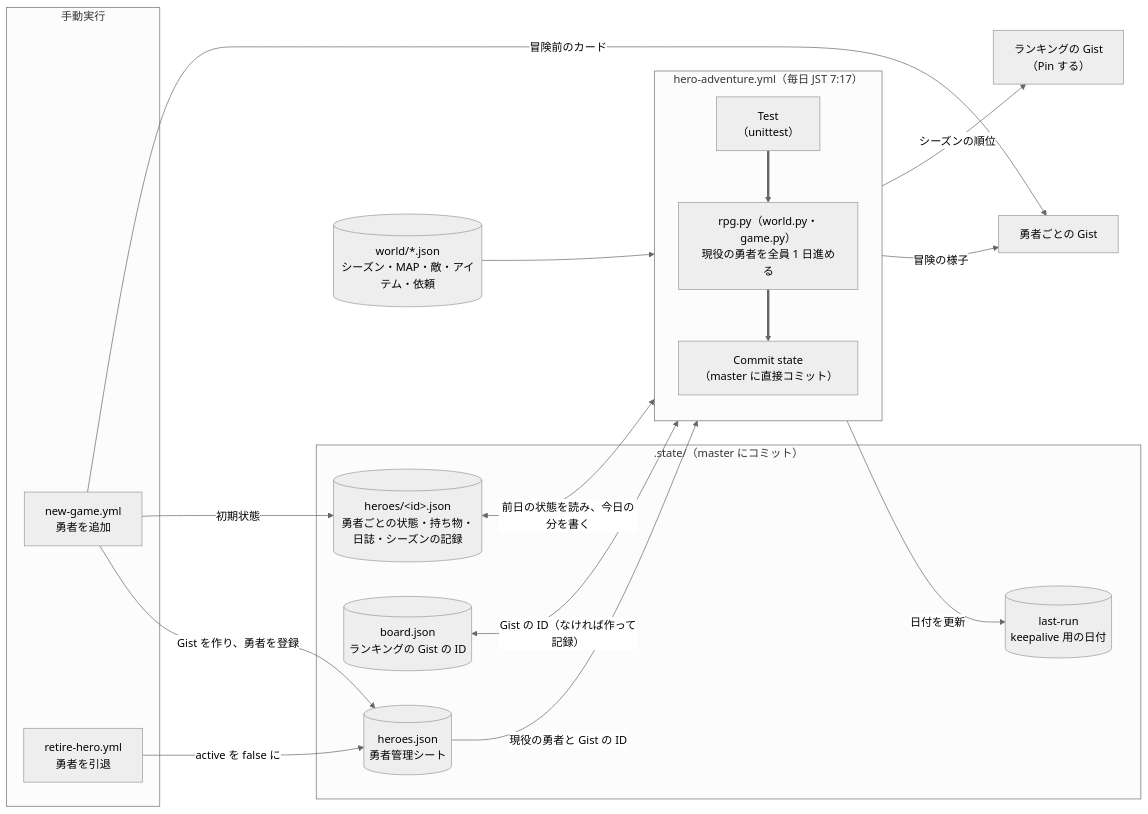
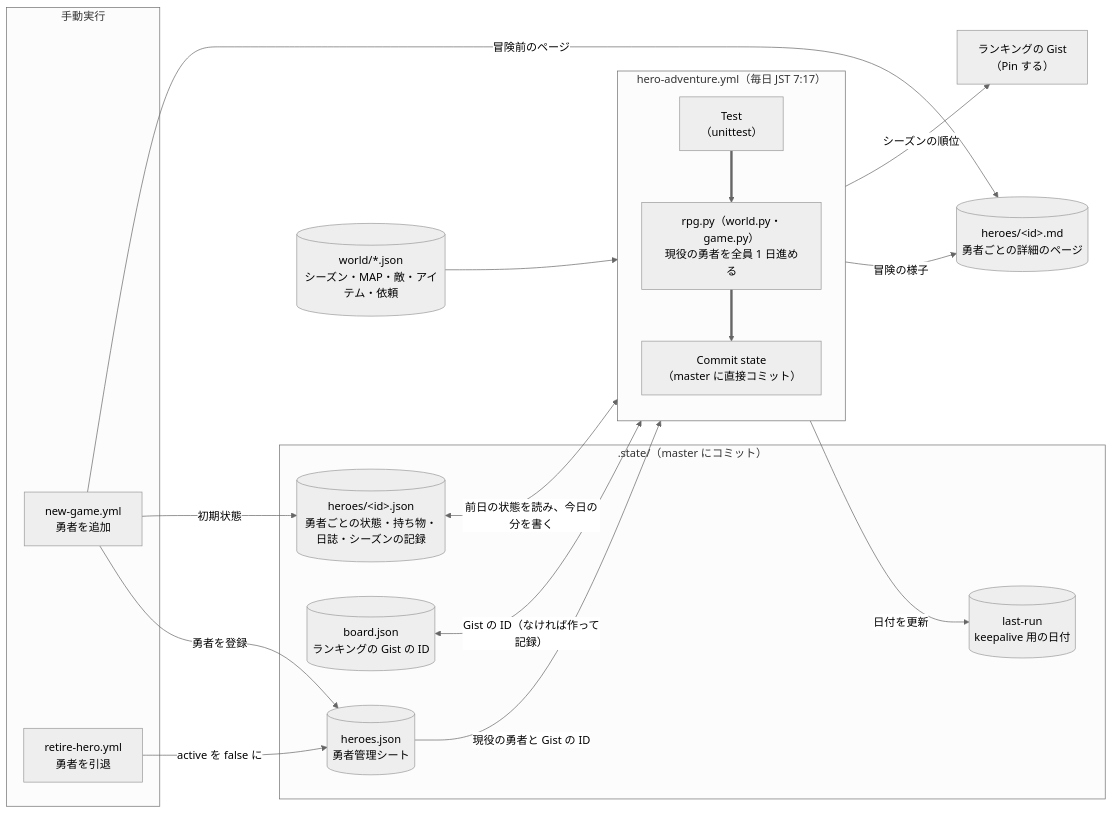
Before and after one commit to ot-nemoto/cryepis: the first of 3 diagrams in docs/DATA_FLOW.md, drawn with Mermaid (neutral theme). The commit also changed other lines of this file and 8 other files, not shown here.

First line of the commit message:
feat: 勇者ごとの Gist をやめ、詳細はリポジトリのページに書き出す

````diff
--- a/docs/DATA_FLOW.md
+++ b/docs/DATA_FLOW.md
@@ -7,38 +7,38 @@
 ```mermaid
 flowchart LR
     subgraph daily["hero-adventure.yml（毎日 JST 7:17）"]
         direction TB
         test["Test<br/>（unittest）"]
         rpg["rpg.py（world.py・game.py）<br/>現役の勇者を全員 1 日進める"]
         commit["Commit state<br/>（master に直接コミット）"]
         test ==> rpg ==> commit
     end
 
     subgraph manual["手動実行"]
         newgame["new-game.yml<br/>勇者を追加"]
         retire["retire-hero.yml<br/>勇者を引退"]
     end
 
     subgraph state[".state/（master にコミット）"]
         heroes[("heroes.json<br/>勇者管理シート")]
         board[("board.json<br/>ランキングの Gist の ID")]
         heroState[("heroes/&lt;id&gt;.json<br/>勇者ごとの状態・持ち物・日誌・シーズンの記録")]
         lastRun[("last-run<br/>keepalive 用の日付")]
     end
 
     world[("world/*.json<br/>シーズン・MAP・敵・アイテム・依頼")]
-    gists["勇者ごとの Gist"]
+    pages[("heroes/&lt;id&gt;.md<br/>勇者ごとの詳細のページ")]
     ranking["ランキングの Gist<br/>（Pin する）"]
 
     world --> rpg
     heroes -->|"現役の勇者と Gist の ID"| rpg
     heroState <-->|"前日の状態を読み、今日の分を書く"| rpg
-    rpg -->|"冒険の様子"| gists
+    rpg -->|"冒険の様子"| pages
     rpg -->|"シーズンの順位"| ranking
     board <-->|"Gist の ID（なければ作って記録）"| rpg
-    newgame -->|"Gist を作り、勇者を登録"| heroes
+    newgame -->|"勇者を登録"| heroes
     newgame -->|"初期状態"| heroState
-    newgame -->|"冒険前のカード"| gists
+    newgame -->|"冒険前のページ"| pages
     retire -->|"active を false に"| heroes
     commit -->|"日付を更新"| lastRun
 ```
````
